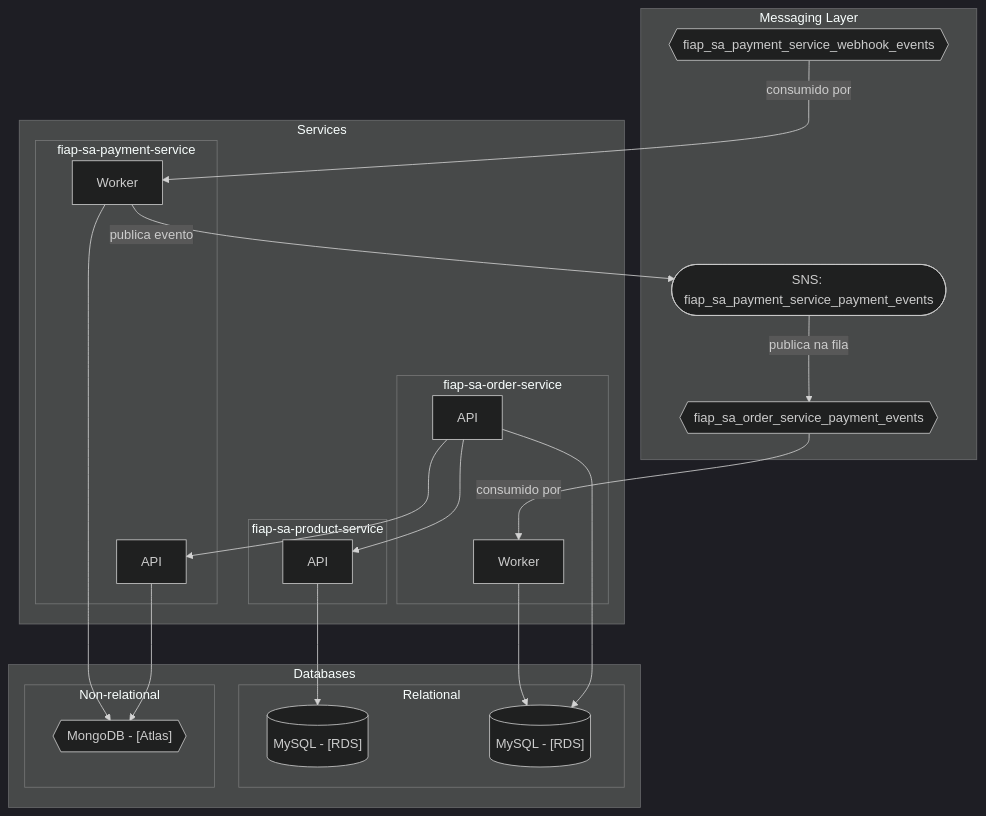
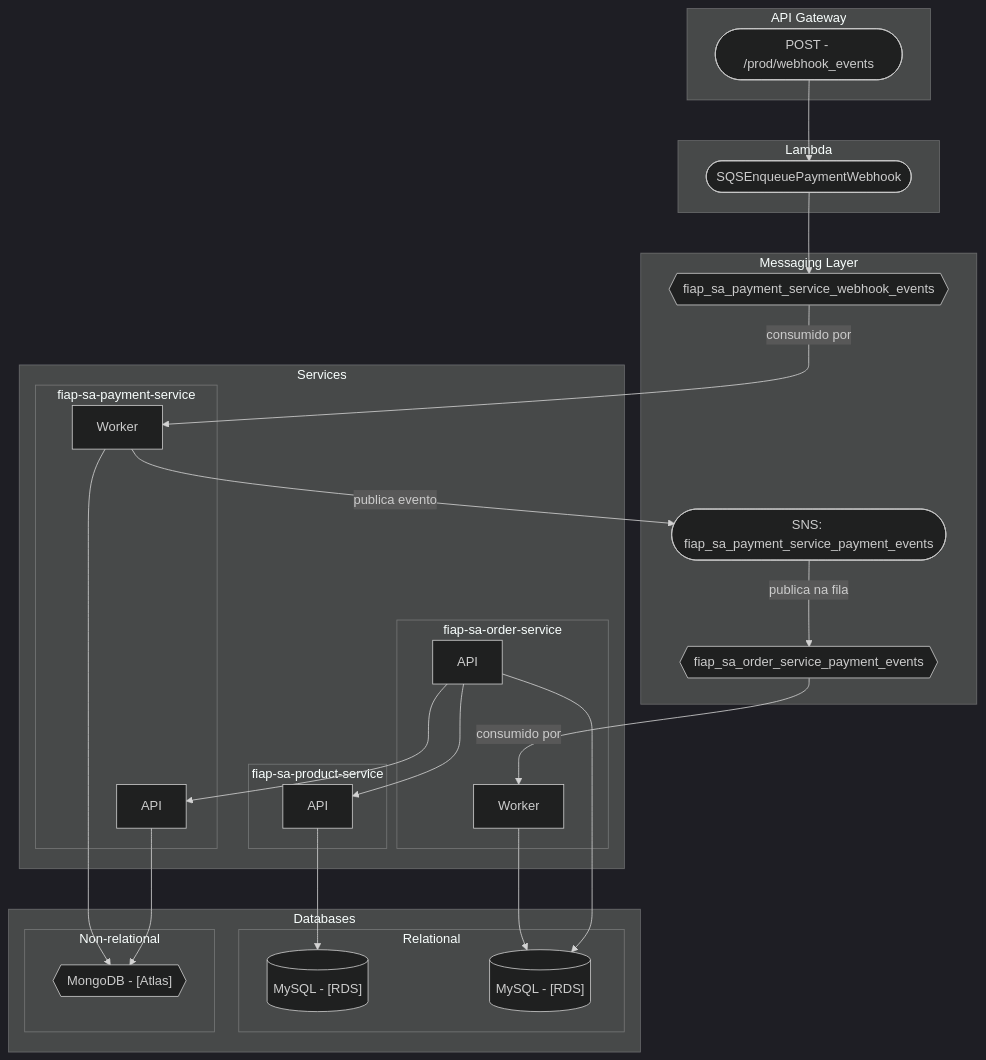
One commit to KauanCarvalho/fiap-sa-infra changed the diagram in README.md. Above: the diagram before and after it, drawn with Mermaid (dark theme). The commit also changed 1 other file, not shown here.

Commit message:
fix: adjust targets (#14)

````diff
--- a/README.md
+++ b/README.md
@@ -7,46 +7,57 @@
 ```mermaid
 flowchart TD
+  subgraph API_Gateway["API Gateway"]
+    POST_Webhook(["POST - /prod/webhook_events"])
+  end
+
+  subgraph Lambda["Lambda"]
+    SQSEnqueuePaymentWebhook(["SQSEnqueuePaymentWebhook"])
+  end
+
   subgraph Databases["Databases"]
     subgraph Relational["Relational"]
         MySQL_Product[("MySQL - [RDS]")]
         MySQL_Order[("MySQL - [RDS]")]
     end
+
     subgraph Non_relational["Non-relational"]
         MongoDB_Payment{{"MongoDB - [Atlas]"}}
     end
   end
 
   subgraph Messaging_Layer["Messaging Layer"]
     SQS_Payment{{"fiap_sa_payment_service_webhook_events"}}
     SQS_Order{{"fiap_sa_order_service_payment_events"}}
     SNS_Payment(["SNS: fiap_sa_payment_service_payment_events"])
   end
 
   subgraph Services["Services"]
     subgraph Payment["fiap-sa-payment-service"]
       Payment_Worker["Worker"]
       Payment_API["API"]
     end
 
     subgraph Product["fiap-sa-product-service"]
       Product_Service["API"]
     end
 
     subgraph Order["fiap-sa-order-service"]
       Order_Worker["Worker"]
       Order_API["API"]
     end
   end
 
+  POST_Webhook --> SQSEnqueuePaymentWebhook
+  SQSEnqueuePaymentWebhook --> SQS_Payment
   Payment_Worker --> MongoDB_Payment
   Payment_API --> MongoDB_Payment
   Product_Service --> MySQL_Product
   Order_Worker --> MySQL_Order
   Order_API --> MySQL_Order
   Order_API --> Product_Service
   Order_API --> Payment_API
   Payment_Worker -- publica evento --> SNS_Payment
   SNS_Payment -- publica na fila --> SQS_Order
   SQS_Order -- consumido por --> Order_Worker
   SQS_Payment -- consumido por --> Payment_Worker
 ```
````
